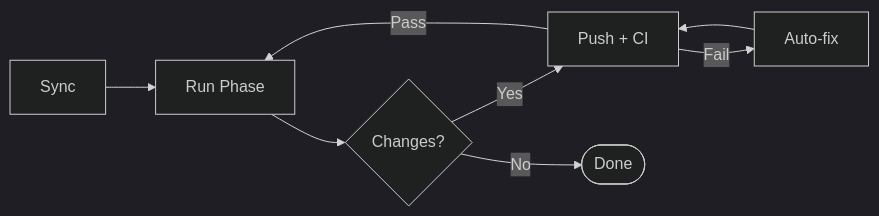
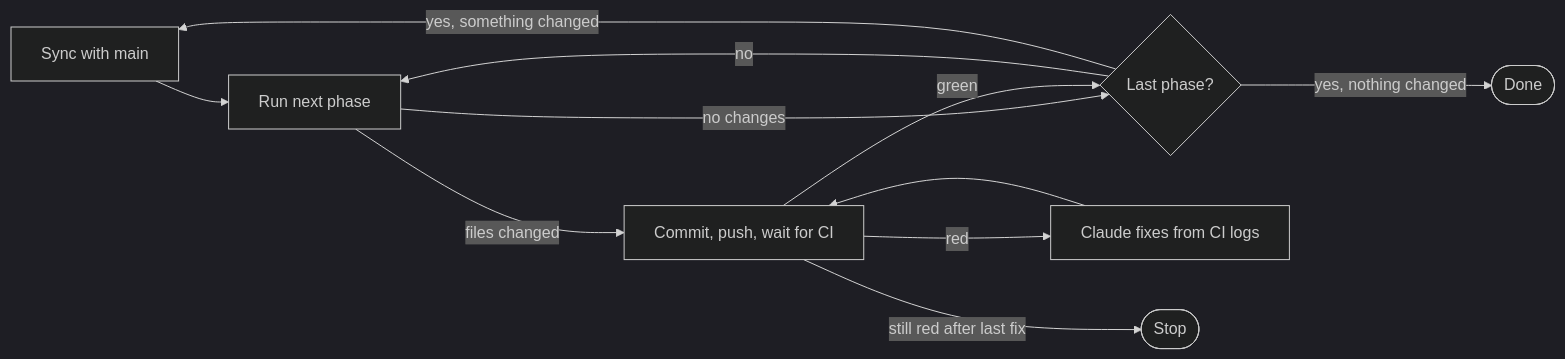
Before and after one commit to ktenman/iterative-improve: the diagram in README.md, drawn with Mermaid (dark theme). The commit also changed other lines of this file and 2 other files, not shown here.

First line of the commit message:
Pin Claude to Opus 1M and rewrite README

````diff
--- a/README.md
+++ b/README.md
@@ -104,7 +140,12 @@
 ```mermaid
 flowchart LR
-    S[Sync] --> P[Run Phase] --> C{Changes?}
-    C -->|Yes| CI[Push + CI] -->|Pass| P
-    CI -->|Fail| F[Auto-fix] --> CI
-    C -->|No| D([Done])
+    S[Sync with main] --> P[Run next phase]
+    P -->|files changed| C[Commit, push, wait for CI]
+    P -->|no changes| L{Last phase?}
+    C -->|green| L
+    C -->|red| F[Claude fixes from CI logs] --> C
+    C -->|still red after last fix| X([Stop])
+    L -->|no| P
+    L -->|yes, something changed| S
+    L -->|yes, nothing changed| D([Done])
 ```
````
